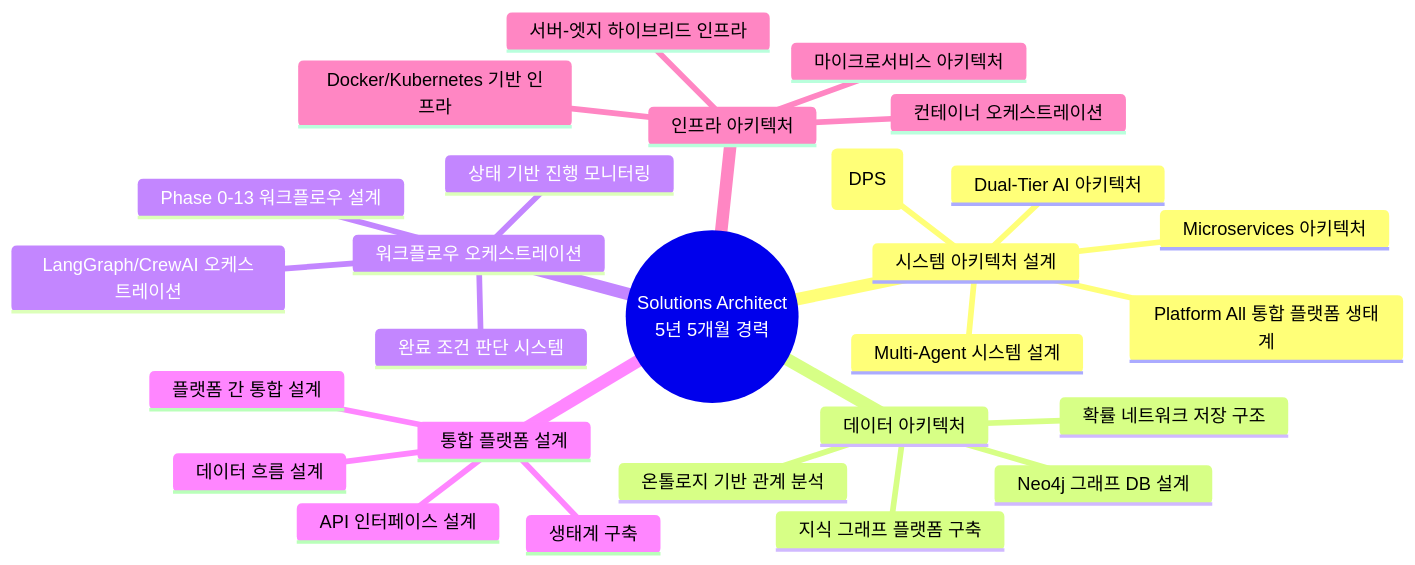
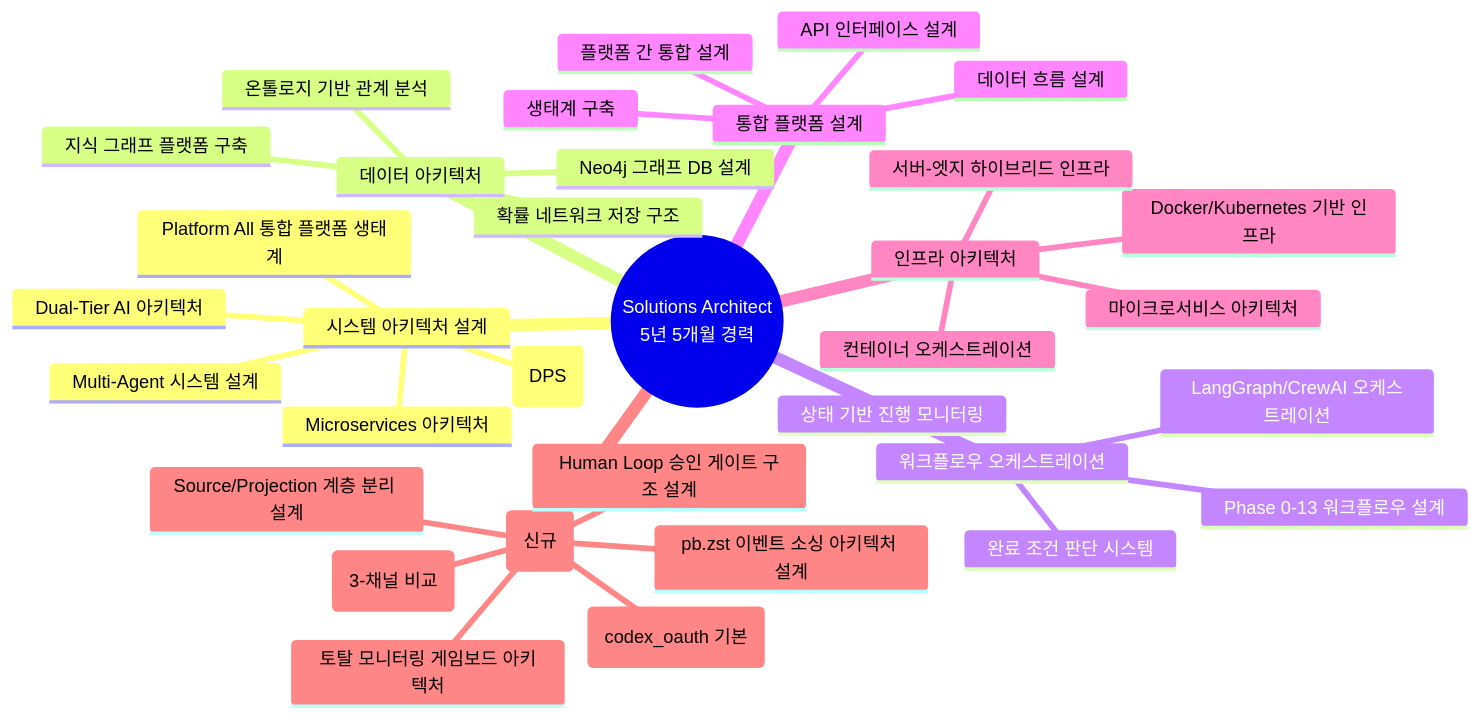
One commit to moobaek/Testing_AI_agents_for_public_use changed the second of 4 diagrams in portfolio/portfolio_docs/resume_generator/assets/일반공개/권순룡_이력서_일반공개_Solutions_Architect.md. Above: the diagram before and after it, drawn with Mermaid. The commit also changed other lines of this file and 14 other files, not shown here.

````diff
--- a/portfolio/portfolio_docs/resume_generator/assets/일반공개/권순룡_이력서_일반공개_Solutions_Architect.md
+++ b/portfolio/portfolio_docs/resume_generator/assets/일반공개/권순룡_이력서_일반공개_Solutions_Architect.md
@@ -63,30 +69,37 @@
 ```mermaid
 mindmap
   root((Solutions Architect<br/>5년 5개월 경력))
     시스템 아키텍처 설계
       5층 아키텍처 설계 (DPS)
       Microservices 아키텍처
       Multi-Agent 시스템 설계
       Dual-Tier AI 아키텍처
       Platform All 통합 플랫폼 생태계
     데이터 아키텍처
       Neo4j 그래프 DB 설계
       온톨로지 기반 관계 분석
       지식 그래프 플랫폼 구축
       확률 네트워크 저장 구조
     워크플로우 오케스트레이션
       LangGraph/CrewAI 오케스트레이션
       상태 기반 진행 모니터링
       완료 조건 판단 시스템
       Phase 0-13 워크플로우 설계
     통합 플랫폼 설계
       API 인터페이스 설계
       데이터 흐름 설계
       플랫폼 간 통합 설계
       생태계 구축
     인프라 아키텍처
       Docker/Kubernetes 기반 인프라
       서버-엣지 하이브리드 인프라
       마이크로서비스 아키텍처
       컨테이너 오케스트레이션
+    v9.0 이벤트 기반 아키텍처 (신규)
+      pb.zst 이벤트 소싱 아키텍처 설계
+      Source/Projection 계층 분리 설계
+      채널 라우팅 정책 설계 (codex_oauth 기본)
+      동등성 검증 아키텍처 (3-채널 비교)
+      토탈 모니터링 게임보드 아키텍처
+      Human Loop 승인 게이트 구조 설계
 ```
````
